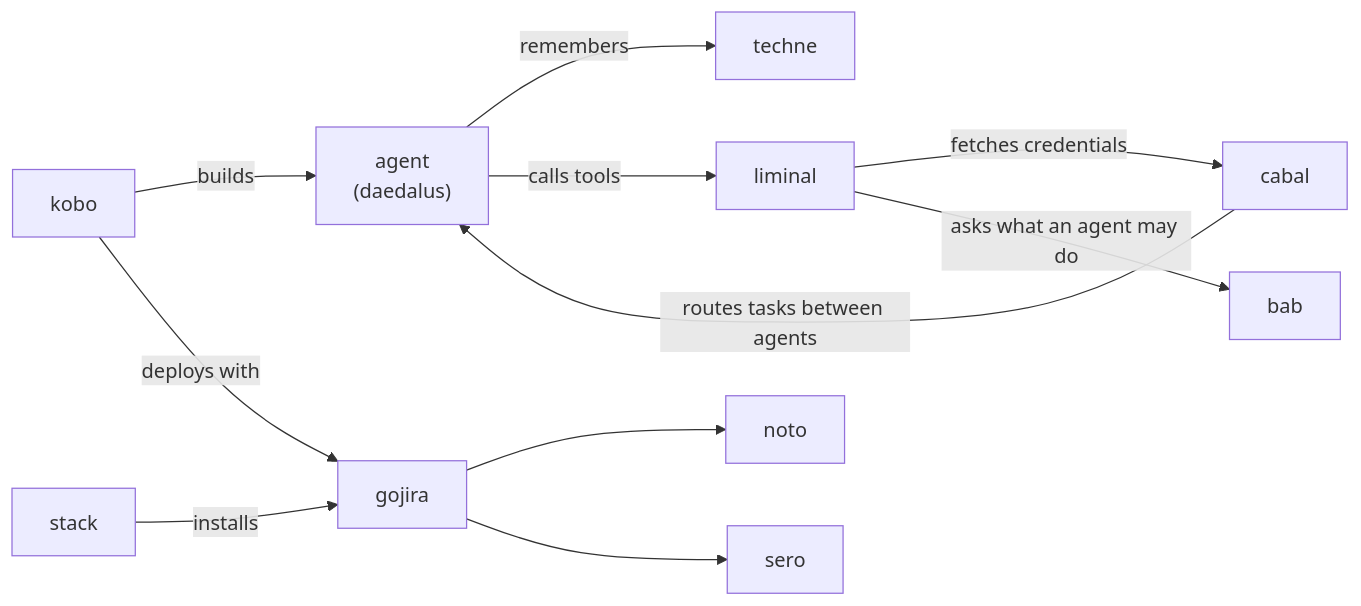
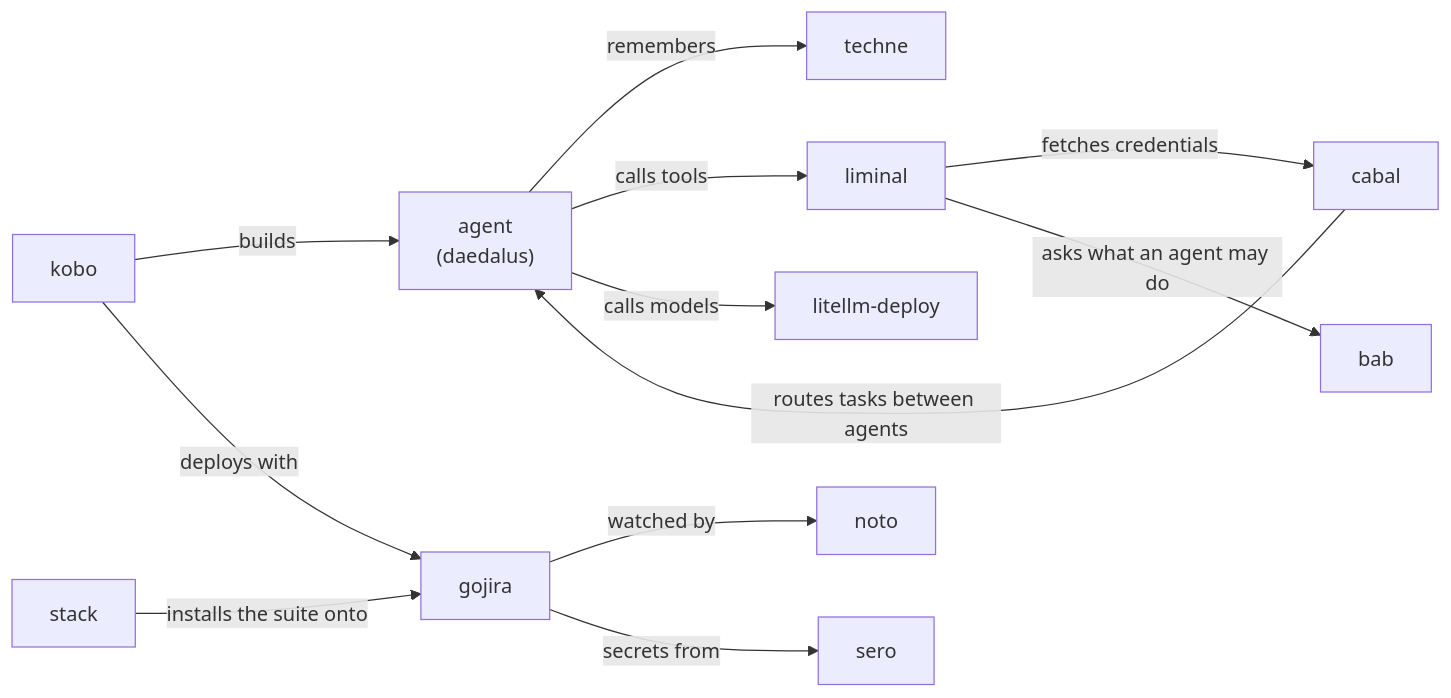
One commit to tenishai/.github changed the diagram in profile/README.md. Above: the diagram before and after it, drawn with Mermaid. The commit also changed other lines of this file, not shown here.

First line of the commit message:
Profile: correct the diagram and five description lines

````diff
--- a/profile/README.md
+++ b/profile/README.md
@@ -14,13 +14,14 @@
 ```mermaid
 flowchart LR
   agent["agent<br/>(daedalus)"] -->|remembers| techne
   agent -->|calls tools| liminal
+  agent -->|calls models| litellm["litellm-deploy"]
   liminal -->|fetches credentials| cabal
   liminal -->|asks what an agent may do| bab
   cabal -->|routes tasks between agents| agent
   kobo -->|builds| agent
   kobo -->|deploys with| gojira
-  stack -->|installs| gojira
-  gojira --> noto
-  gojira --> sero
+  stack -->|installs the suite onto| gojira
+  gojira -->|watched by| noto
+  gojira -->|secrets from| sero
 ```
````
